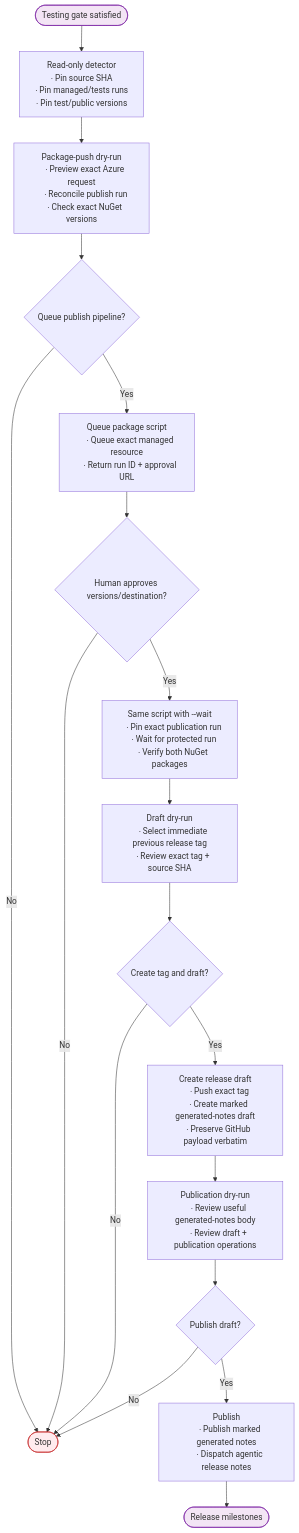
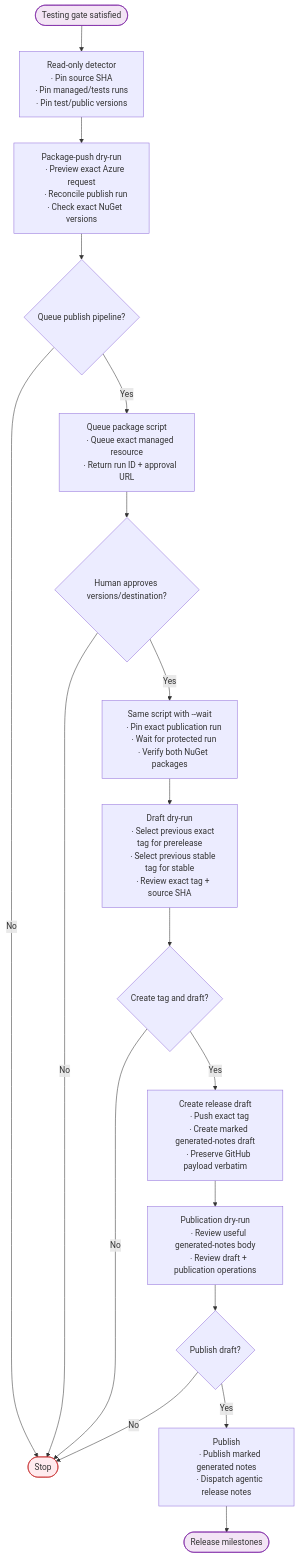
Before and after one commit to mono/SkiaSharp: the third of 4 diagrams in documentation/dev/releasing.md, drawn with Mermaid. The commit also changed other lines of this file and 21 other files, not shown here.

````diff
--- a/documentation/dev/releasing.md
+++ b/documentation/dev/releasing.md
@@ -239,45 +239,46 @@
 ```mermaid
 flowchart TB
     START([Testing gate satisfied]) --> DETECT
     DETECT["Read-only detector
     ∙ Pin source SHA
     ∙ Pin managed/tests runs
     ∙ Pin test/public versions"] --> PUSH_AUDIT
     PUSH_AUDIT["Package-push dry-run
     ∙ Preview exact Azure request
     ∙ Reconcile publish run
     ∙ Check exact NuGet versions"] --> APPROVE1{Queue publish pipeline?}
     APPROVE1 -->|No| STOP([Stop])
     APPROVE1 -->|Yes| PUSH
     PUSH["Queue package script
     ∙ Queue exact managed resource
     ∙ Return run ID + approval URL"] --> AZURE_APPROVAL{Human approves versions/destination?}
     AZURE_APPROVAL -->|No| STOP
     AZURE_APPROVAL -->|Yes| WAIT
     WAIT["Same script with --wait
     ∙ Pin exact publication run
     ∙ Wait for protected run
     ∙ Verify both NuGet packages"] --> DRAFT_AUDIT
     DRAFT_AUDIT["Draft dry-run
-    ∙ Select immediate previous release tag
+    ∙ Select previous exact tag for prerelease
+    ∙ Select previous stable tag for stable
     ∙ Review exact tag + source SHA"] --> APPROVE2{Create tag and draft?}
     APPROVE2 -->|No| STOP
     APPROVE2 -->|Yes| DRAFT
     DRAFT["Create release draft
     ∙ Push exact tag
     ∙ Create marked generated-notes draft
     ∙ Preserve GitHub payload verbatim"] --> PUBLICATION_AUDIT
     PUBLICATION_AUDIT["Publication dry-run
     ∙ Review useful generated-notes body
     ∙ Review draft + publication operations"] --> APPROVE3{Publish draft?}
     APPROVE3 -->|No| STOP
     APPROVE3 -->|Yes| PUBLISH
     PUBLISH["Publish
     ∙ Publish marked generated notes
     ∙ Dispatch agentic release notes"] --> HANDOFF([Release milestones])
 
     classDef error fill:#ffebee,stroke:#c62828
     classDef endpoint fill:#f3e5f5,stroke:#7b1fa2
     class STOP error
     class START,HANDOFF endpoint
 ```
````
